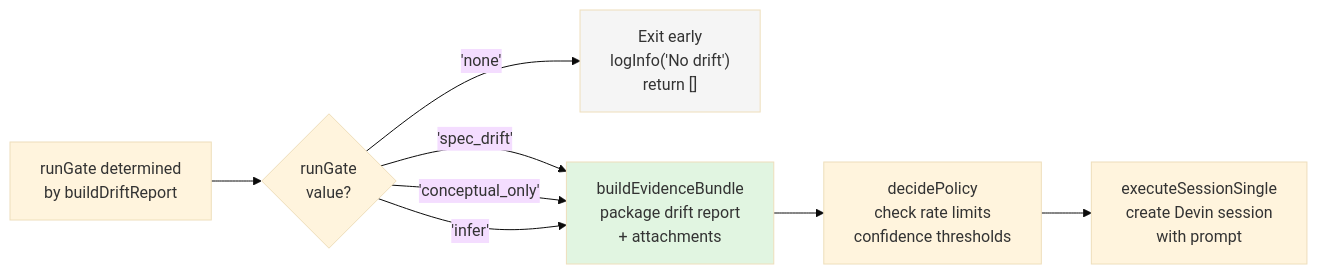
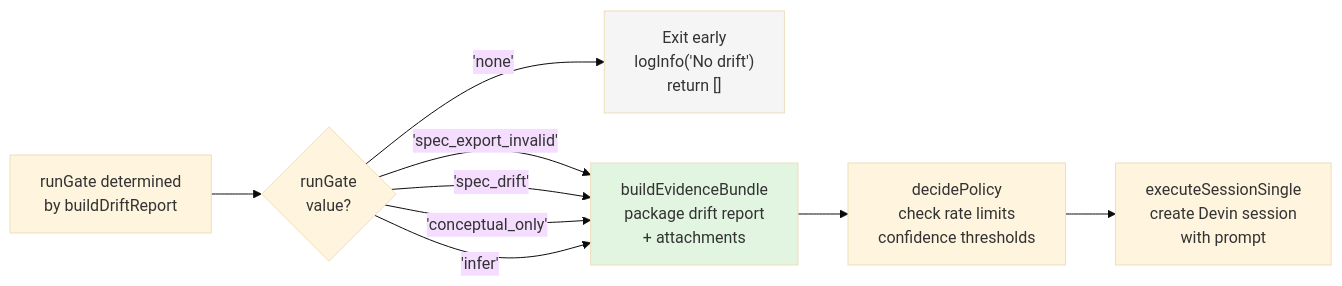
One commit to cameronking4/docdrift changed the second of 2 diagrams in docs/deepwiki/pages/run-gate-logic.mdx. Above: the diagram before and after it, drawn with Mermaid (base theme). The commit also changed other lines of this file and 17 other files, not shown here.

First line of the commit message:
feat: introduce validation for OpenAPI spec completeness and update run gate logic

````diff
--- a/docs/deepwiki/pages/run-gate-logic.mdx
+++ b/docs/deepwiki/pages/run-gate-logic.mdx
@@ -210,27 +226,28 @@
 ```mermaid
 graph LR
     Gate["runGate determined<br/>by buildDriftReport"]
     
     CheckGate{"runGate<br/>value?"}
     
     ExitEarly["Exit early<br/>logInfo('No drift')<br/>return []"]
     
     BuildEvidence["buildEvidenceBundle<br/>package drift report<br/>+ attachments"]
     
     PolicyEngine["decidePolicy<br/>check rate limits<br/>confidence thresholds"]
     
     DevinSession["executeSessionSingle<br/>create Devin session<br/>with prompt"]
     
     Gate --> CheckGate
     
     CheckGate -->|"'none'"| ExitEarly
+    CheckGate -->|"'spec_export_invalid'"| BuildEvidence
     CheckGate -->|"'spec_drift'"| BuildEvidence
     CheckGate -->|"'conceptual_only'"| BuildEvidence
     CheckGate -->|"'infer'"| BuildEvidence
     
     BuildEvidence --> PolicyEngine
     PolicyEngine --> DevinSession
     
     style ExitEarly fill:#f5f5f5
     style BuildEvidence fill:#e1f5e1
 ```
````
